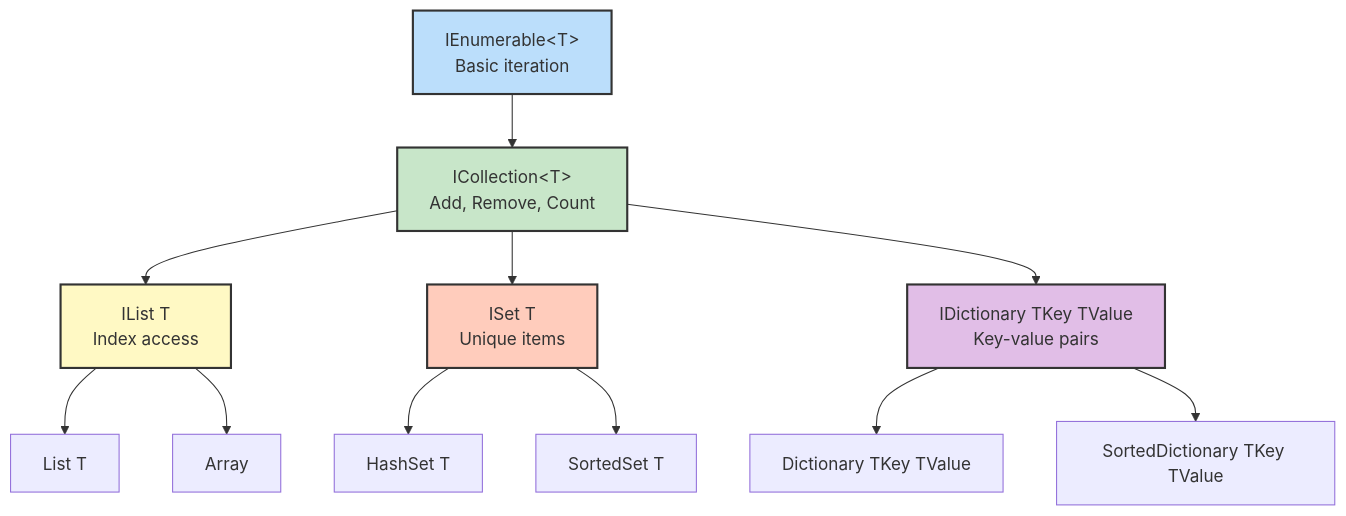
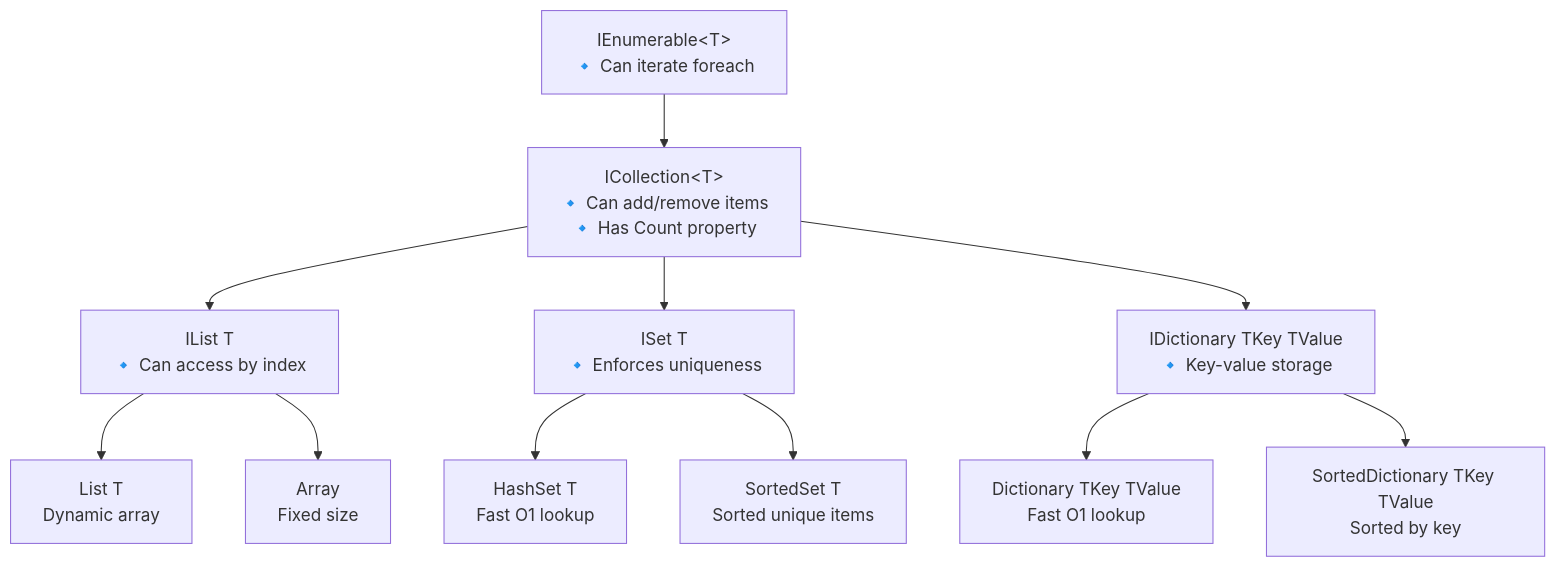
The first of 5 diagrams in C# fundamentals/day07-collections.md (NguyenPhamCode4You/ai-home-lab-docker-compose), drawn with Mermaid before and after one commit. The commit also changed other lines of this file, not shown here.

````diff
--- a/C# fundamentals/day07-collections.md
+++ b/C# fundamentals/day07-collections.md
@@ -17,22 +19,16 @@
 ```mermaid
 graph TB
-    A[IEnumerable&lt;T&gt;<br/>Basic iteration] --> B[ICollection&lt;T&gt;<br/>Add, Remove, Count]
-    B --> C[IList T<br/>Index access]
-    B --> D[ISet T<br/>Unique items]
-    B --> E[IDictionary TKey TValue<br/>Key-value pairs]
+    A[IEnumerable&lt;T&gt;<br/>🔹 Can iterate foreach] --> B[ICollection&lt;T&gt;<br/>🔹 Can add/remove items<br/>🔹 Has Count property]
+    B --> C[IList T<br/>🔹 Can access by index]
+    B --> D[ISet T<br/>🔹 Enforces uniqueness]
+    B --> E[IDictionary TKey TValue<br/>🔹 Key-value storage]
 
-    C --> C1[List T]
-    C --> C2[Array]
+    C --> C1[List T<br/>Dynamic array]
+    C --> C2[Array<br/>Fixed size]
 
-    D --> D1[HashSet T]
-    D --> D2[SortedSet T]
+    D --> D1[HashSet T<br/>Fast O1 lookup]
+    D --> D2[SortedSet T<br/>Sorted unique items]
 
-    E --> E1[Dictionary TKey TValue]
-    E --> E2[SortedDictionary TKey TValue]
-
-    style A fill:#bbdefb,stroke:#333,stroke-width:2px
-    style B fill:#c8e6c9,stroke:#333,stroke-width:2px
-    style C fill:#fff9c4,stroke:#333,stroke-width:2px
-    style D fill:#ffccbc,stroke:#333,stroke-width:2px
-    style E fill:#e1bee7,stroke:#333,stroke-width:2px
+    E --> E1[Dictionary TKey TValue<br/>Fast O1 lookup]
+    E --> E2[SortedDictionary TKey TValue<br/>Sorted by key]
 ```
````
